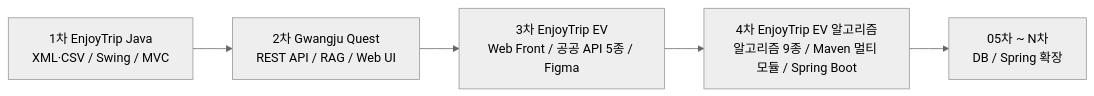
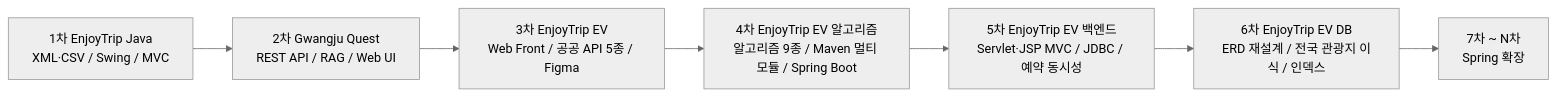
One commit to Jkim1647/SSAFY-16th-Semester-1-Comprehensive-Project changed the diagram in README.md. Above: the diagram before and after it, drawn with Mermaid (neutral theme). The commit also changed other lines of this file and 446 other files, not shown here.

First line of the commit message:
docs: archive fifth backend and sixth DB EnjoyTrip EV projects

````diff
--- a/README.md
+++ b/README.md
@@ -17,7 +19,9 @@
 ```mermaid
 flowchart LR
     P1[1차 EnjoyTrip Java<br/>XML·CSV / Swing / MVC] --> P2[2차 Gwangju Quest<br/>REST API / RAG / Web UI]
     P2 --> P3[3차 EnjoyTrip EV<br/>Web Front / 공공 API 5종 / Figma]
     P3 --> P4[4차 EnjoyTrip EV 알고리즘<br/>알고리즘 9종 / Maven 멀티 모듈 / Spring Boot]
-    P4 --> P5[05차 ~ N차<br/>DB / Spring 확장]
+    P4 --> P5[5차 EnjoyTrip EV 백엔드<br/>Servlet·JSP MVC / JDBC / 예약 동시성]
+    P5 --> P6[6차 EnjoyTrip EV DB<br/>ERD 재설계 / 전국 관광지 이식 / 인덱스]
+    P6 --> P7[7차 ~ N차<br/>Spring 확장]
 ```
````
